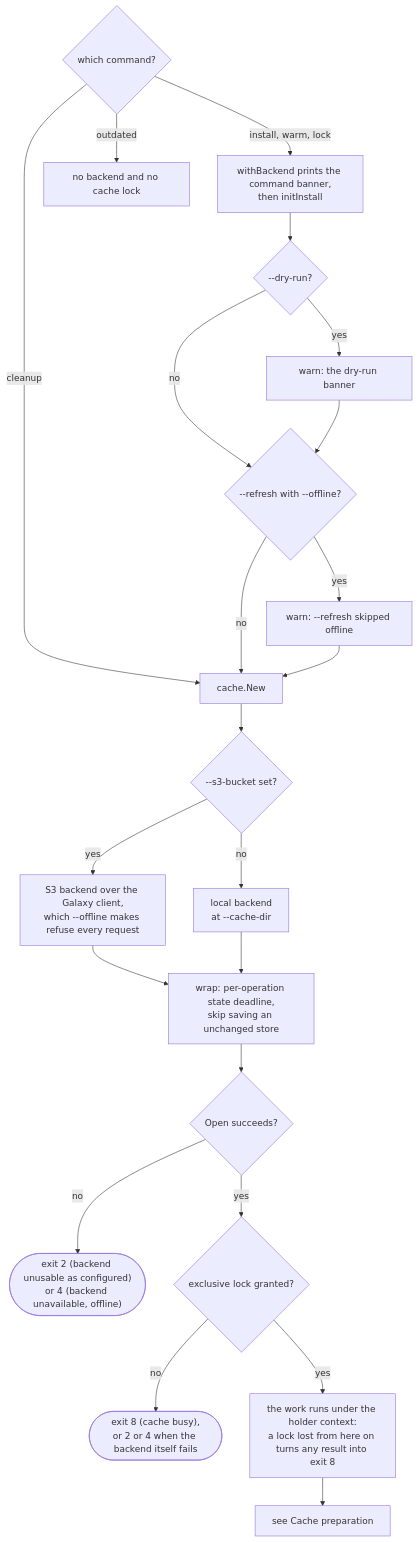
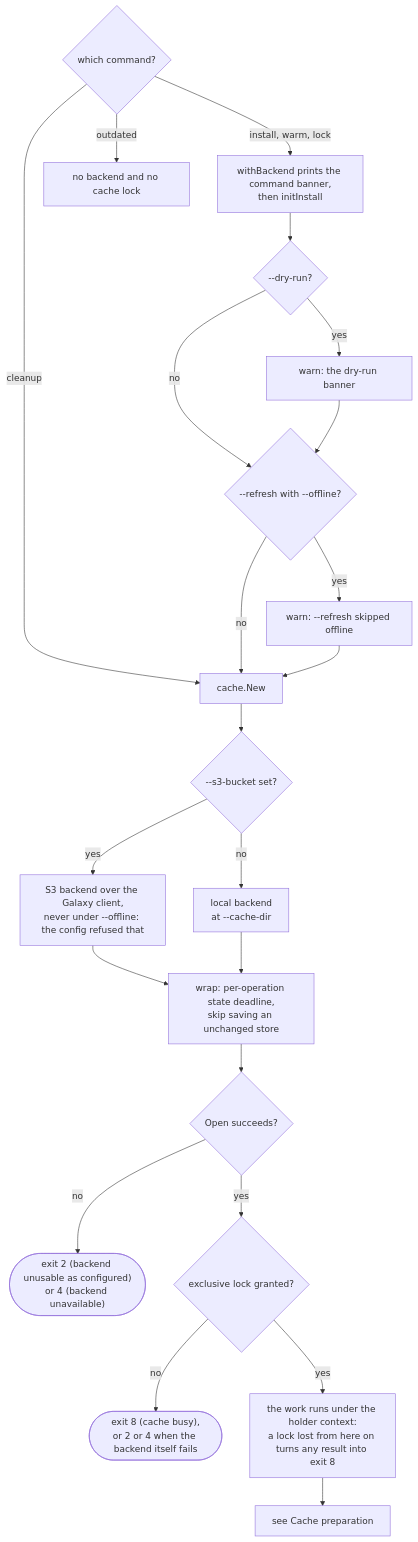
The sixth of 48 diagrams in docs/commands.md (greeddj/go-galaxy), drawn with Mermaid before and after one commit. The commit also changed other lines of this file and 12 other files, not shown here.

````diff
--- a/docs/commands.md
+++ b/docs/commands.md
@@ -240,24 +242,24 @@
 ```mermaid
 flowchart TD
   B1{"which command?"} -->|"install, warm, lock"| B2["withBackend prints the command banner,<br/>then initInstall"]
   B1 -->|"cleanup"| B7
   B1 -->|"outdated"| B0["no backend and no cache lock"]
   B2 --> B3{"--dry-run?"}
   B3 -->|"yes"| B4["warn: the dry-run banner"]
   B3 -->|"no"| B5
   B4 --> B5{"--refresh with --offline?"}
   B5 -->|"yes"| B6["warn: --refresh skipped offline"]
   B5 -->|"no"| B7
   B6 --> B7["cache.New"]
   B7 --> B8{"--s3-bucket set?"}
-  B8 -->|"yes"| B9["S3 backend over the Galaxy client,<br/>which --offline makes refuse every request"]
+  B8 -->|"yes"| B9["S3 backend over the Galaxy client,<br/>never under --offline: the config refused that"]
   B8 -->|"no"| B10["local backend<br/>at --cache-dir"]
   B9 --> B11
   B10 --> B11["wrap: per-operation state deadline,<br/>skip saving an unchanged store"]
   B11 --> B12{"Open succeeds?"}
-  B12 -->|"no"| XB1(["exit 2 (backend unusable as configured)<br/>or 4 (backend unavailable, offline)"])
+  B12 -->|"no"| XB1(["exit 2 (backend unusable as configured)<br/>or 4 (backend unavailable)"])
   B12 -->|"yes"| B13{"exclusive lock granted?"}
   B13 -->|"no"| XB2(["exit 8 (cache busy),<br/>or 2 or 4 when the backend itself fails"])
   B13 -->|"yes"| B14["the work runs under the holder context:<br/>a lock lost from here on turns any result into exit 8"]
   B14 --> B15["see Cache preparation"]
 ```
````
